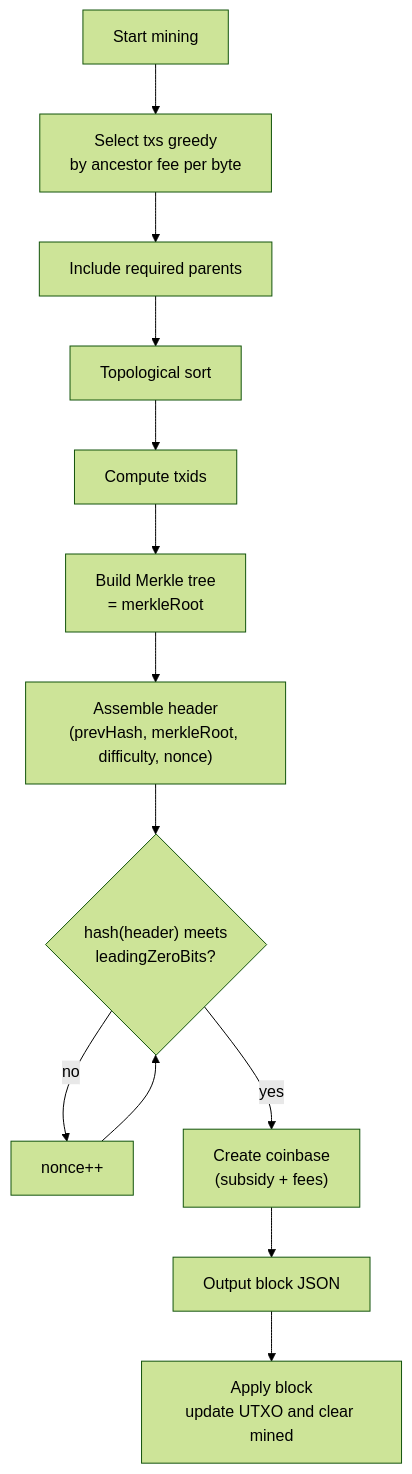
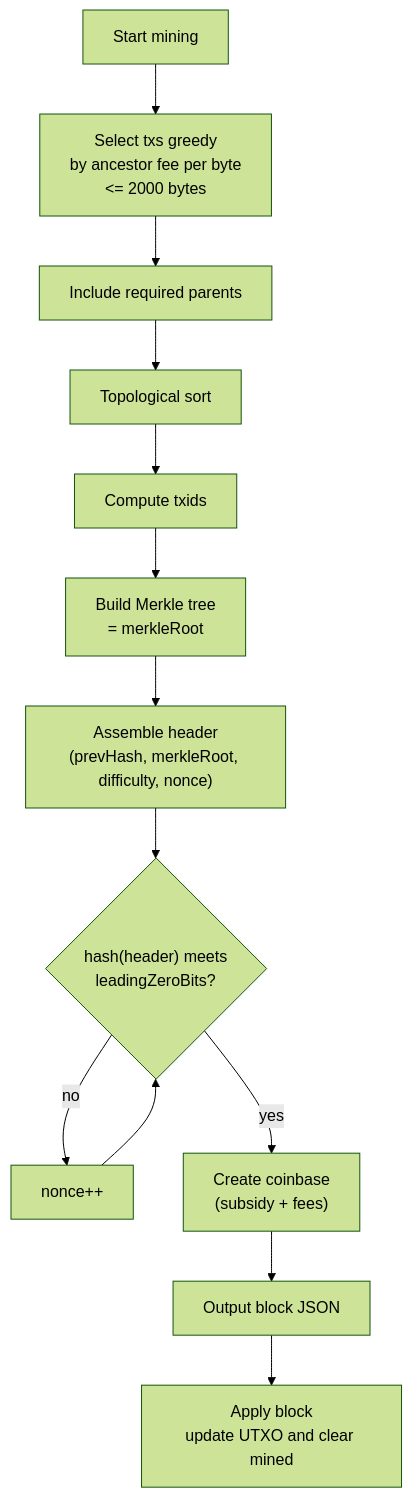
Before and after one commit to SwimmingRieux/DS-Blockchain: the diagram in docs/concepts/mining.md, drawn with Mermaid (forest theme). The commit also changed other lines of this file and 3 other files, not shown here.

```diff
--- a/docs/concepts/mining.md
+++ b/docs/concepts/mining.md
@@ -6,15 +7,15 @@
 <div class="mermaid">
 flowchart TD
-  S1["Start mining"] --> S2["Select txs greedy<br/>by ancestor fee per byte<br/<= 2000 bytes"]
+  S1["Start mining"] --> S2["Select txs greedy<br/>by ancestor fee per byte<br/><= 2000 bytes"]
   S2 --> S3["Include required parents"]
   S3 --> S4["Topological sort"]
   S4 --> S5["Compute txids"]
   S5 --> S6["Build Merkle tree<br/>= merkleRoot"]
   S6 --> S7["Assemble header<br/>(prevHash, merkleRoot, difficulty, nonce)"]
   S7 --> L{"hash(header) meets<br/>leadingZeroBits?"}
   L -- no --> INC["nonce++"]
   INC --> L
   L -- yes --> S8["Create coinbase<br/>(subsidy + fees)"]
   S8 --> S9["Output block JSON"]
   S9 --> S10["Apply block<br/>update UTXO and clear mined"]
 </div>
```
